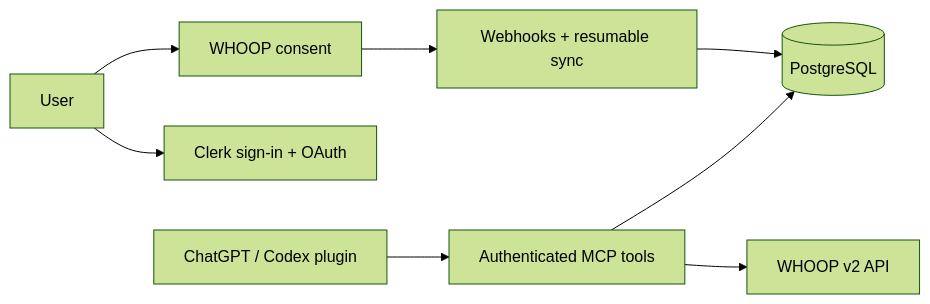
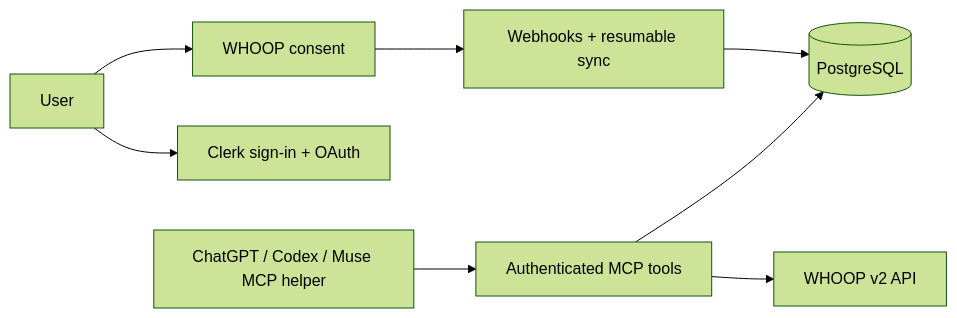
One commit to EazyLee30/whooper-2.0 changed the diagram in README.md. Above: the diagram before and after it, drawn with Mermaid (forest theme). The commit also changed other lines of this file and 2 other files, not shown here.

Commit message:
docs: document verified Muse MCP support and setup

````diff
--- a/README.md
+++ b/README.md
@@ -67,10 +84,10 @@
 ```mermaid
 flowchart LR
   User --> Clerk[Clerk sign-in + OAuth]
   User --> WHOOP[WHOOP consent]
-  Client[ChatGPT / Codex plugin] --> MCP[Authenticated MCP tools]
+  Client[ChatGPT / Codex / Muse MCP helper] --> MCP[Authenticated MCP tools]
   MCP --> API[WHOOP v2 API]
   MCP --> DB[(PostgreSQL)]
   WHOOP --> Sync[Webhooks + resumable sync]
   Sync --> DB
 ```
````
